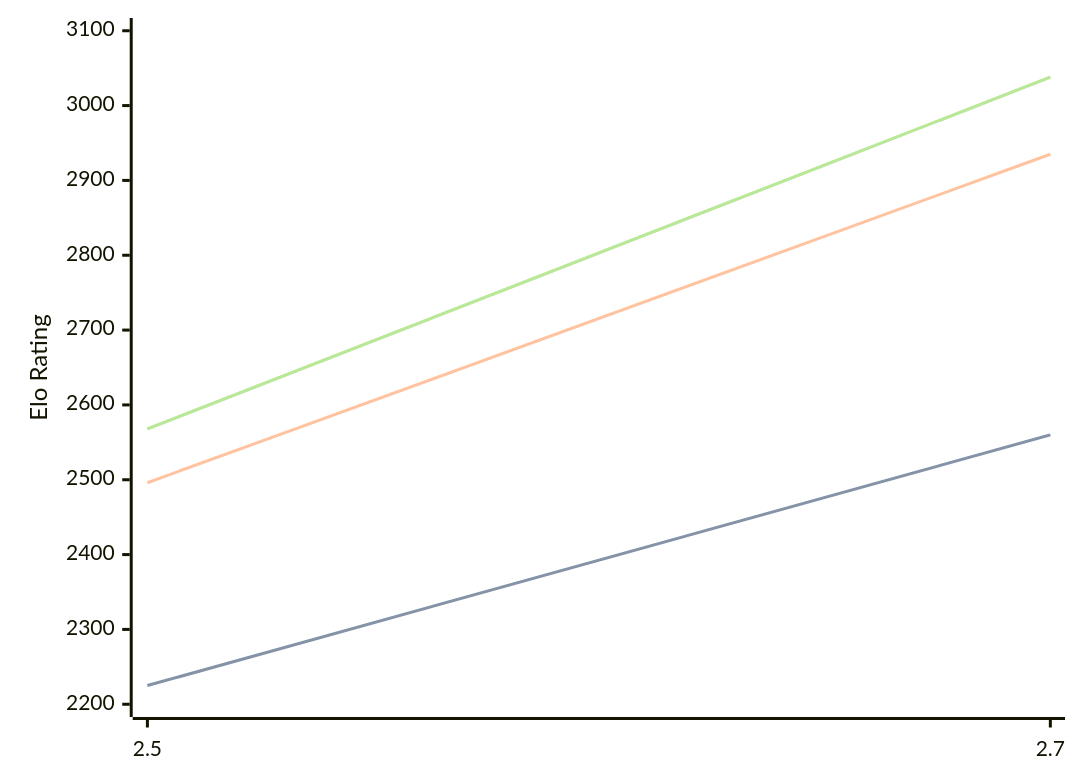
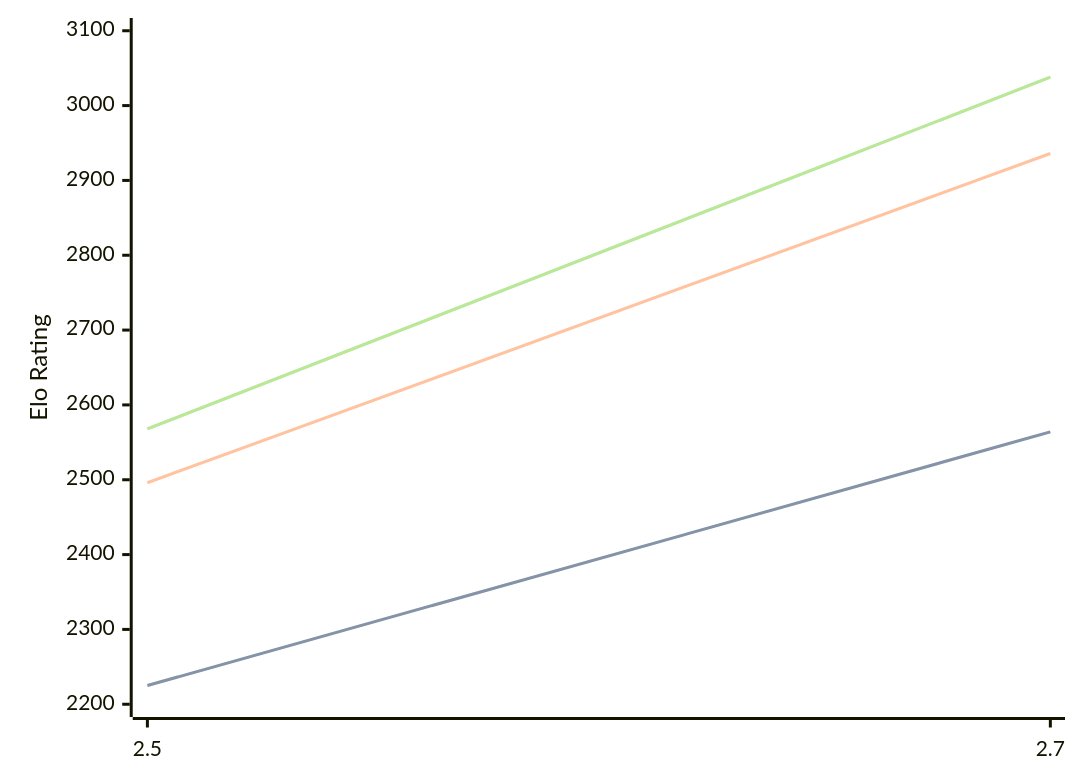
The diagram in engines/Zevra.md (computer-chess-index/cci), drawn with Mermaid before and after one commit. The commit also changed other lines of this file, not shown here.

````diff
--- a/engines/Zevra.md
+++ b/engines/Zevra.md
@@ -32,11 +32,11 @@
 ```mermaid
 %%{init: {"theme":"base","themeVariables":{"seriesColors:['#a3a3a3','#222221','#faa371']}}}%%
 xychart-beta
   x-axis ["2.5", "2.7"]
   y-axis "Elo Rating" 2200 --> 3100
-  line "" [2225, 2560]
-  line "STC (8.0+0.08s)" [2225, 2560]
-  line "LTC (60.0+0.60s)" [2496, 2935]
+  line "" [2225, 2564]
+  line "STC (8.0+0.08s)" [2225, 2564]
+  line "LTC (60.0+0.60s)" [2496, 2936]
   line "" [2568, 3038]
   line "VLTC (2m24s+1.12s)" [2568, 3038]
 ```
````
